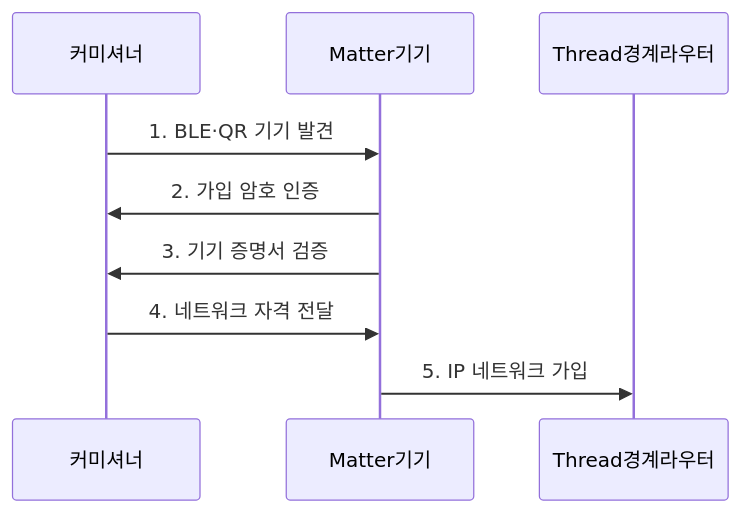
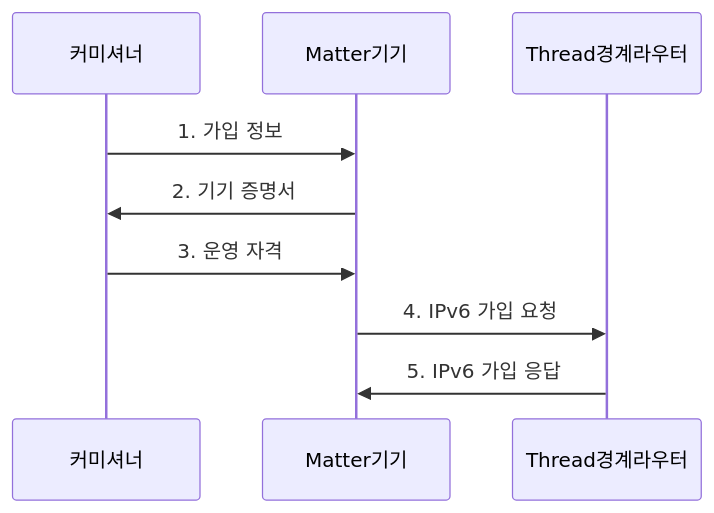
The second of 2 diagrams in src/content/docs/notes/04-network/054_zigbee_thread_matter.md (agnusdei1207/knowledge-base), drawn with Mermaid before and after one commit. The commit also changed other lines of this file and 20 other files, not shown here.

````diff
--- a/src/content/docs/notes/04-network/054_zigbee_thread_matter.md
+++ b/src/content/docs/notes/04-network/054_zigbee_thread_matter.md
@@ -85,11 +86,11 @@
 ```mermaid
 sequenceDiagram
     participant 커미셔너
     participant Matter기기
     participant Thread경계라우터
-    커미셔너->>Matter기기: 1. BLE·QR 기기 발견
-    Matter기기->>커미셔너: 2. 가입 암호 인증
-    Matter기기->>커미셔너: 3. 기기 증명서 검증
-    커미셔너->>Matter기기: 4. 네트워크 자격 전달
-    Matter기기->>Thread경계라우터: 5. IP 네트워크 가입
+    커미셔너->>Matter기기: 1. 가입 정보
+    Matter기기->>커미셔너: 2. 기기 증명서
+    커미셔너->>Matter기기: 3. 운영 자격
+    Matter기기->>Thread경계라우터: 4. IPv6 가입 요청
+    Thread경계라우터->>Matter기기: 5. IPv6 가입 응답
 ```
````
